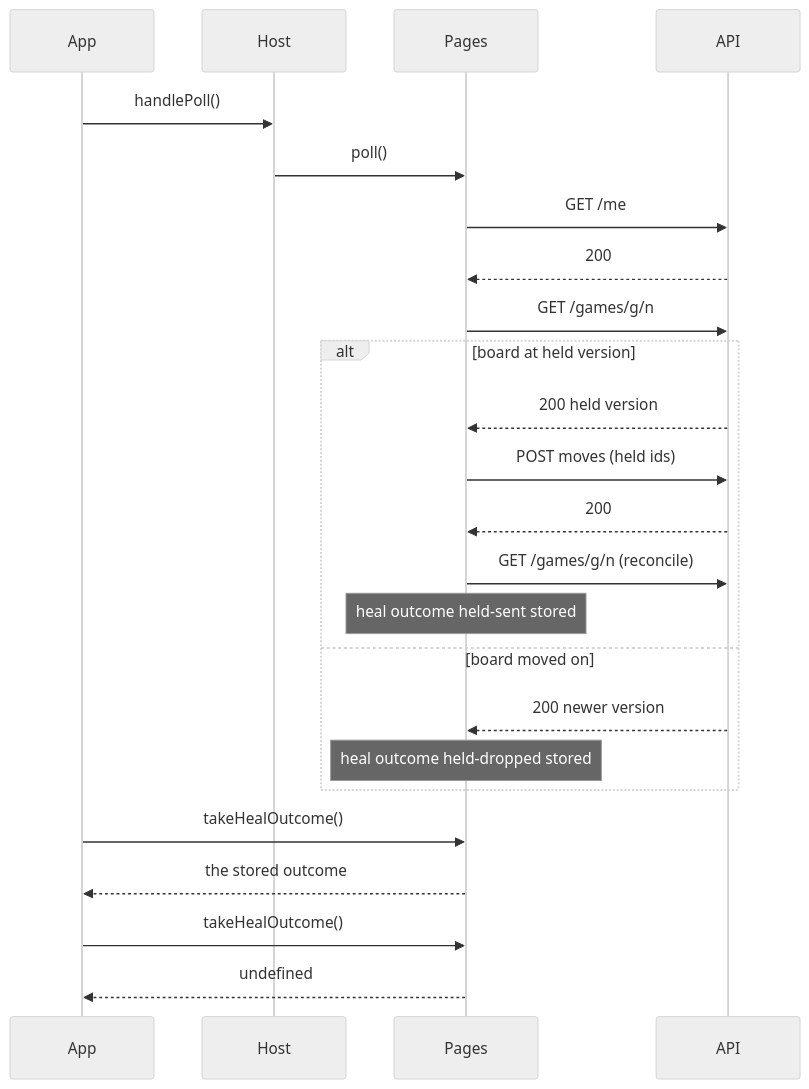
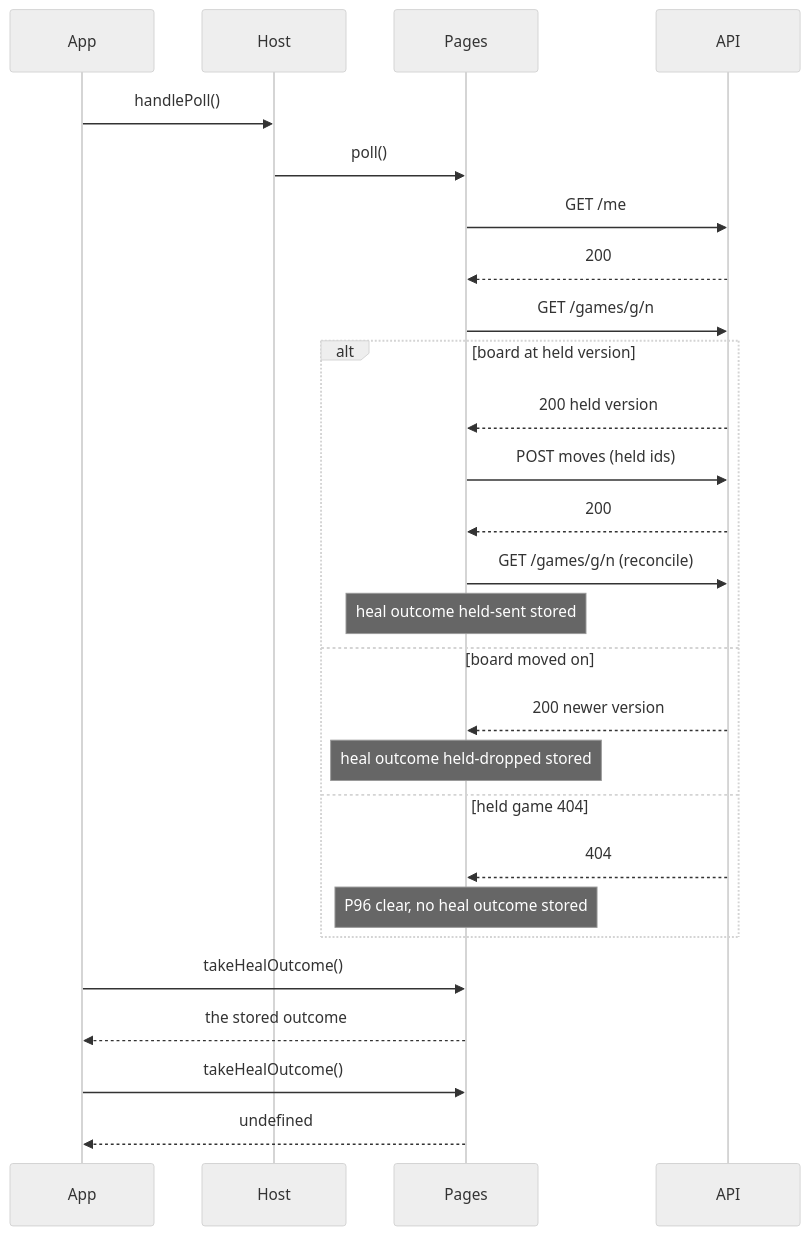
Before and after one commit to hochgi/conquarrow: the second of 4 diagrams in docs/spec/send-self-heal/SCENARIOS.md, drawn with Mermaid (neutral theme). The commit also changed other lines of this file and 8 other files, not shown here.

First line of the commit message:
🤖: P104 kickback — a deleted game answers no-game, not held

````diff
--- a/docs/spec/send-self-heal/SCENARIOS.md
+++ b/docs/spec/send-self-heal/SCENARIOS.md
@@ -59,26 +68,29 @@
 ```mermaid
 sequenceDiagram
   participant App
   participant Host
   participant Pages
   participant API
   App->>Host: handlePoll()
   Host->>Pages: poll()
   Pages->>API: GET /me
   API-->>Pages: 200
   Pages->>API: GET /games/g/n
   alt board at held version
     API-->>Pages: 200 held version
     Pages->>API: POST moves (held ids)
     API-->>Pages: 200
     Pages->>API: GET /games/g/n (reconcile)
     Note over Pages: heal outcome held-sent stored
   else board moved on
     API-->>Pages: 200 newer version
     Note over Pages: heal outcome held-dropped stored
+  else held game 404
+    API-->>Pages: 404
+    Note over Pages: P96 clear, no heal outcome stored
   end
   App->>Pages: takeHealOutcome()
   Pages-->>App: the stored outcome
   App->>Pages: takeHealOutcome()
   Pages-->>App: undefined
 ```
````
